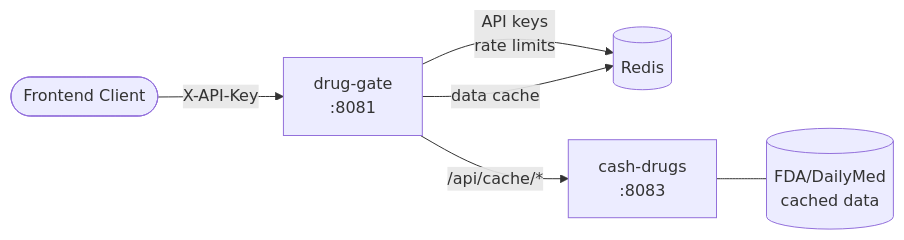
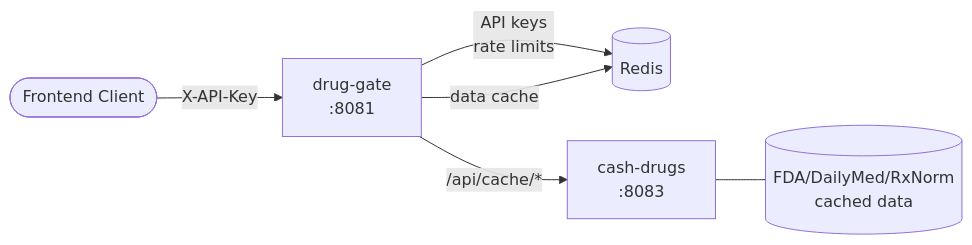
The first of 4 diagrams in README.md (finish06/drug-gate), drawn with Mermaid before and after one commit. The commit also changed other lines of this file and 7 other files, not shown here.

First line of the commit message:
docs: add RxNorm sequence diagrams, update Swagger, sync README/CLAUDE.md

````diff
--- a/README.md
+++ b/README.md
@@ -126,14 +134,14 @@
 ```mermaid
 graph LR
     Client([Frontend Client])
     DG[drug-gate<br/>:8081]
     Redis[(Redis)]
     CD[cash-drugs<br/>:8083]
-    FDA[(FDA/DailyMed<br/>cached data)]
+    FDA[(FDA/DailyMed/RxNorm<br/>cached data)]
 
     Client -->|X-API-Key| DG
     DG -->|API keys<br/>rate limits| Redis
     DG -->|data cache| Redis
     DG -->|/api/cache/*| CD
     CD --- FDA
 ```
````
